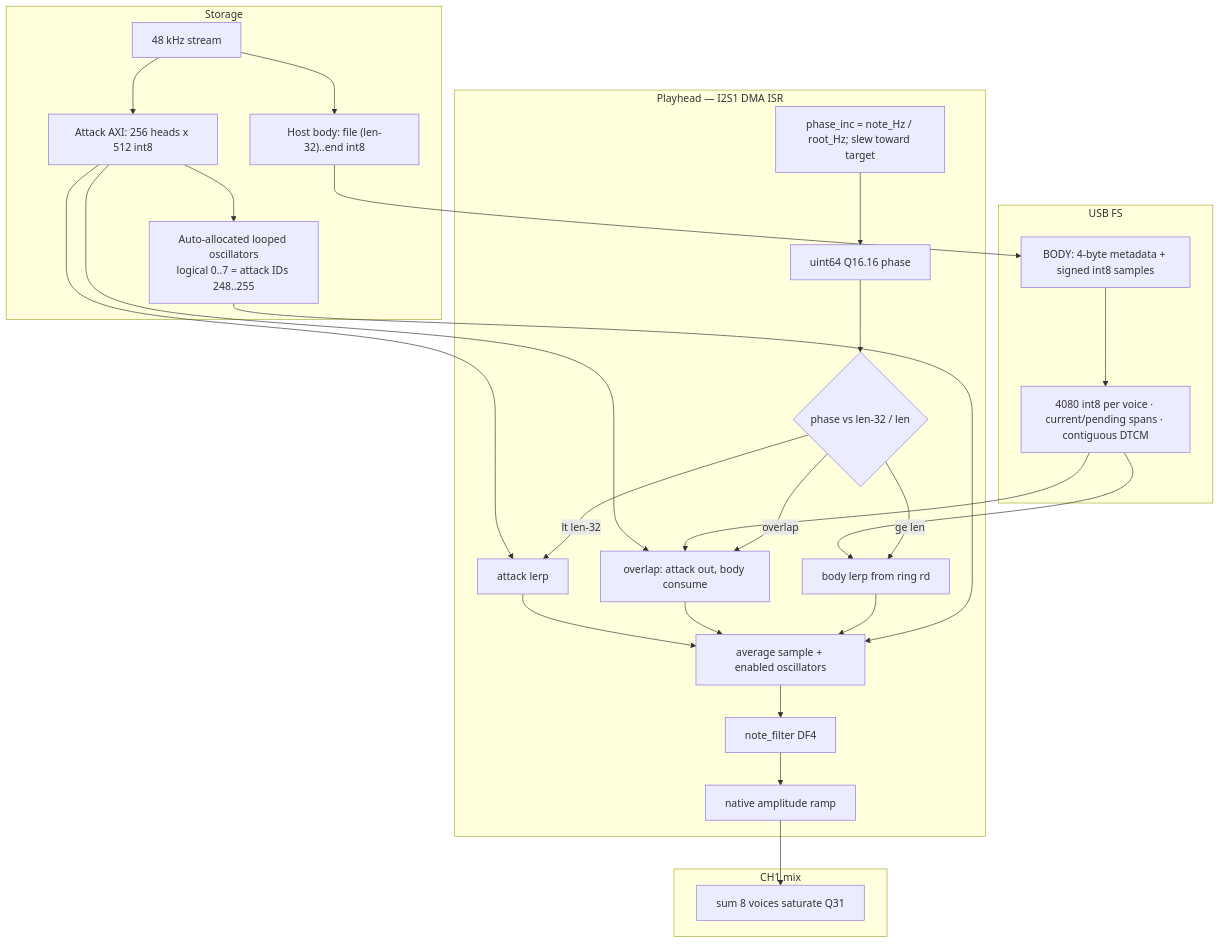
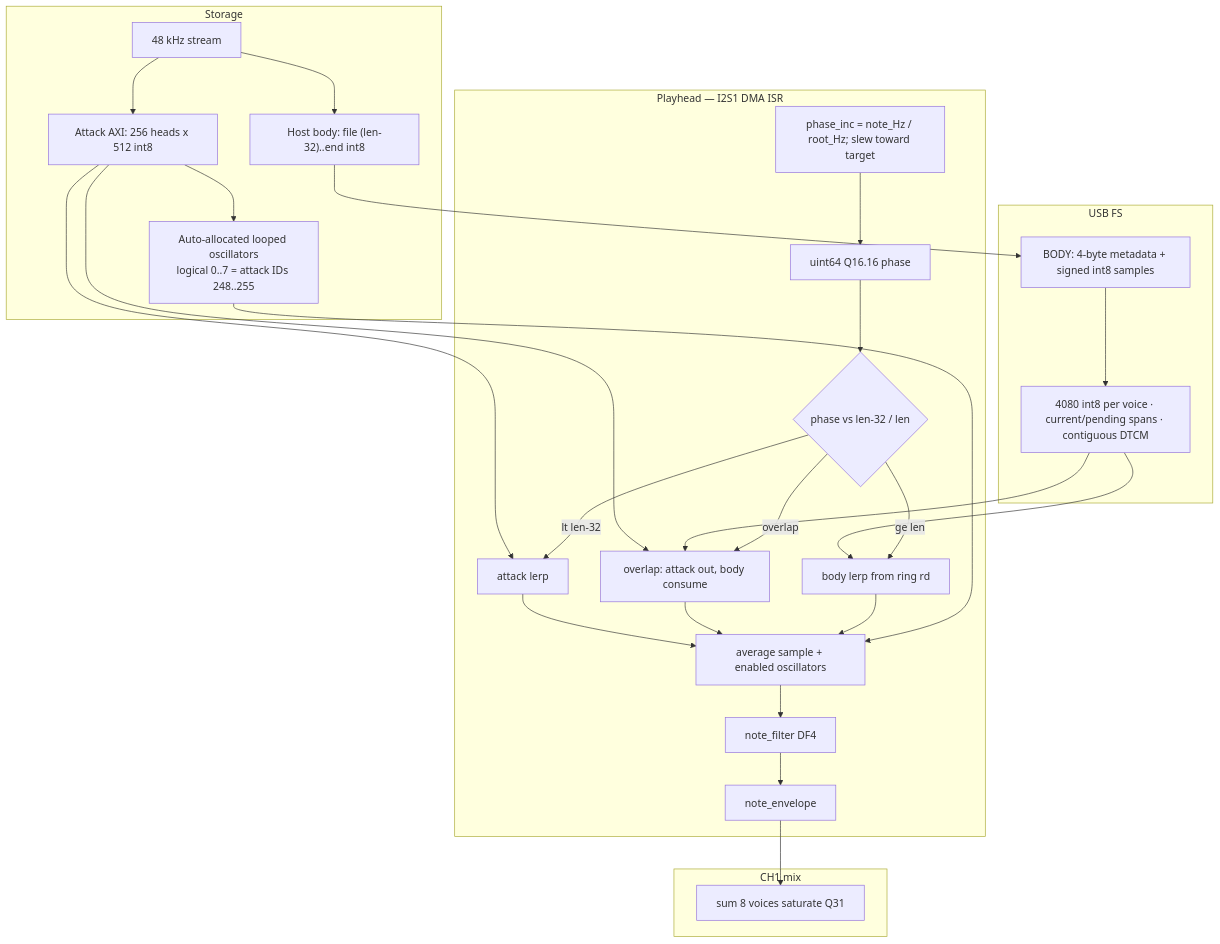
One commit to narendrabhatt-freshwater/firmware changed the second of 5 diagrams in channel_card/docs/diagrams/card_data_flow.md. Above: the diagram before and after it, drawn with Mermaid. The commit also changed other lines of this file and 208 other files, not shown here.

````diff
--- a/channel_card/docs/diagrams/card_data_flow.md
+++ b/channel_card/docs/diagrams/card_data_flow.md
@@ -81,50 +67,50 @@
 ```mermaid
 flowchart TB
   subgraph store [Storage]
     File["48 kHz stream"]
     Atk["Attack AXI: 256 heads x 512 int8"]
     Osc["Auto-allocated looped oscillators<br/>logical 0..7 = attack IDs 248..255"]
     Body["Host body: file (len-32)..end int8"]
     File --> Atk
     File --> Body
     Atk --> Osc
   end
 
   subgraph usb [USB FS]
     Tag["BODY: 4-byte metadata + signed int8 samples"]
     Slots["4080 int8 per voice · current/pending spans · contiguous DTCM"]
     Body --> Tag --> Slots
   end
 
   subgraph play [Playhead — I2S1 DMA ISR]
     Ph["uint64 Q16.16 phase"]
     Inc["phase_inc = note_Hz / root_Hz; slew toward target"]
     Join{"phase vs len-32 / len"}
     AtkOnly["attack lerp"]
     Xfade["overlap: attack out, body consume"]
     BodyOnly["body lerp from ring rd"]
     SourceMix["average sample + enabled oscillators"]
     Lpf["note_filter DF4"]
-    Env["native amplitude ramp"]
+    Env["note_envelope"]
     Ph --> Join
     Inc --> Ph
     Atk --> AtkOnly
     Atk --> Xfade
     Slots --> Xfade
     Slots --> BodyOnly
     Join -->|lt len-32| AtkOnly
     Join -->|overlap| Xfade
     Join -->|ge len| BodyOnly
     AtkOnly --> SourceMix
     Xfade --> SourceMix
     BodyOnly --> SourceMix
     Osc --> SourceMix
     SourceMix --> Lpf
     Lpf --> Env
   end
 
   subgraph mix [CH1 mix]
     Sum["sum 8 voices saturate Q31"]
     Env --> Sum
   end
 ```
````
